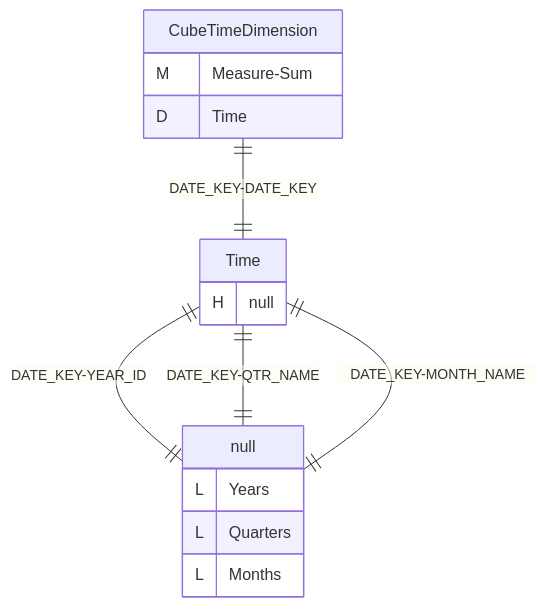
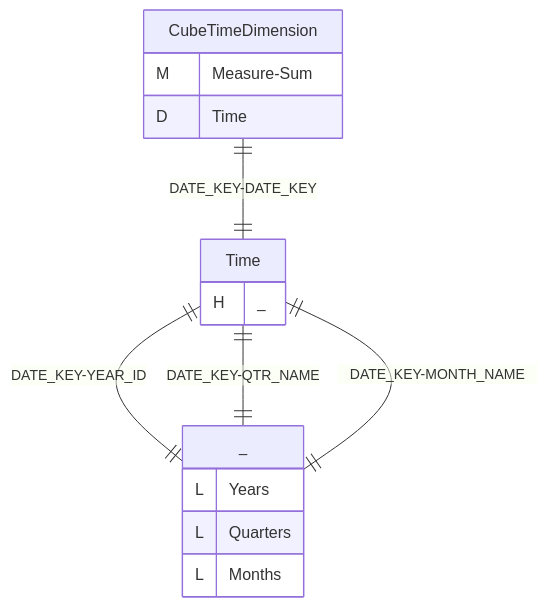
One commit to xmla-services/workground changed the first of 3 diagrams in demo/server/catalogs/min_Dimension_TimeDimension/README.MD. Above: the diagram before and after it, drawn with Mermaid. The commit also changed other lines of this file and 33 other files, not shown here.

````diff
--- a/demo/server/catalogs/min_Dimension_TimeDimension/README.MD
+++ b/demo/server/catalogs/min_Dimension_TimeDimension/README.MD
@@ -53,29 +51,30 @@
 ```mermaid
 %%{init: {
 "theme": "default",
 "themeCSS": [
     ".er.entityBox {stroke: black;}",
     ".er.attributeBoxEven {stroke: black;}",
     ".er.attributeBoxOdd {stroke: black;}",
     "[id^=entity-c] .er.entityBox { fill: lightgreen;} ",
     "[id^=entity-d] .er.entityBox { fill: powderblue;} ",
     "[id^=entity-h] .er.entityBox { fill: pink;} "
 ]
 }}%%
 erDiagram
 c0["CubeTimeDimension"]{
-M Measure-Sum ""D Time ""
+M Measure-Sum ""
+D Time ""
 }
-d00[Time] {
-H null ""
+d00["Time"] {
+H _ ""
 }
-h000[null] {
+h000["_"] {
 L Years ""
 L Quarters ""
 L Months ""
 }
 "c0" ||--|| "d00" : "DATE_KEY-DATE_KEY"
 "d00" ||--|| "h000" : "DATE_KEY-YEAR_ID"
 "d00" ||--|| "h000" : "DATE_KEY-QTR_NAME"
 "d00" ||--|| "h000" : "DATE_KEY-MONTH_NAME"
 ```
````
